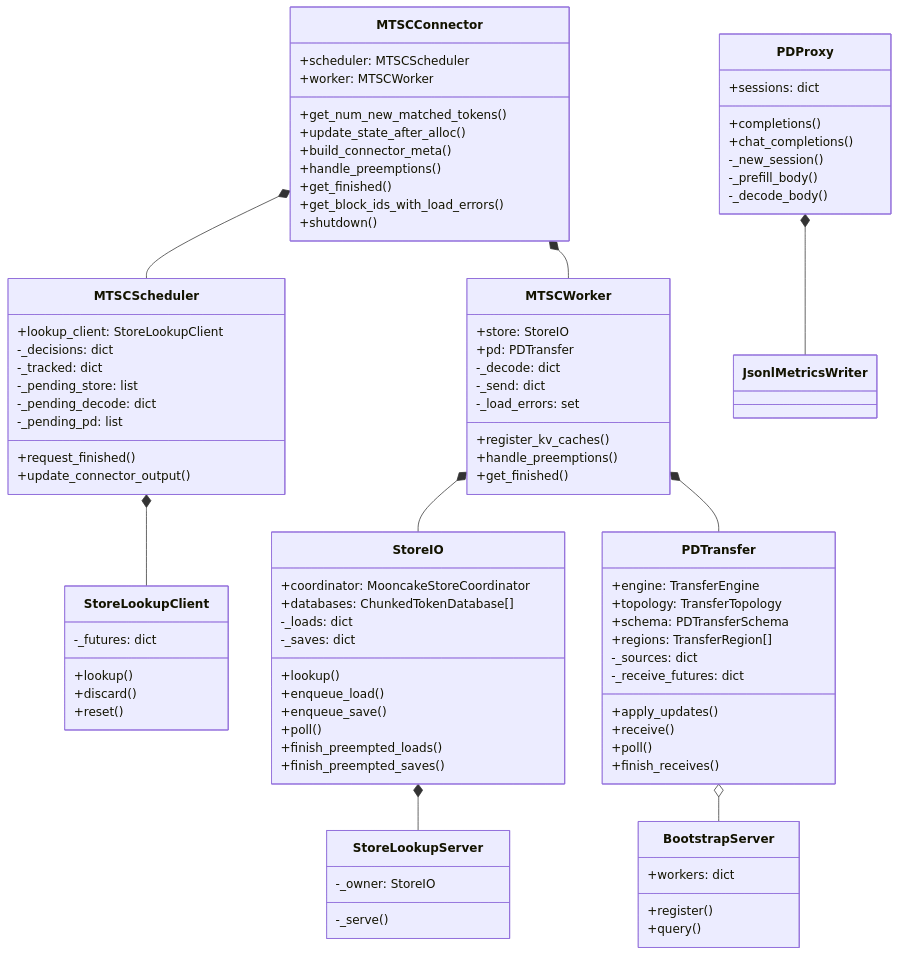
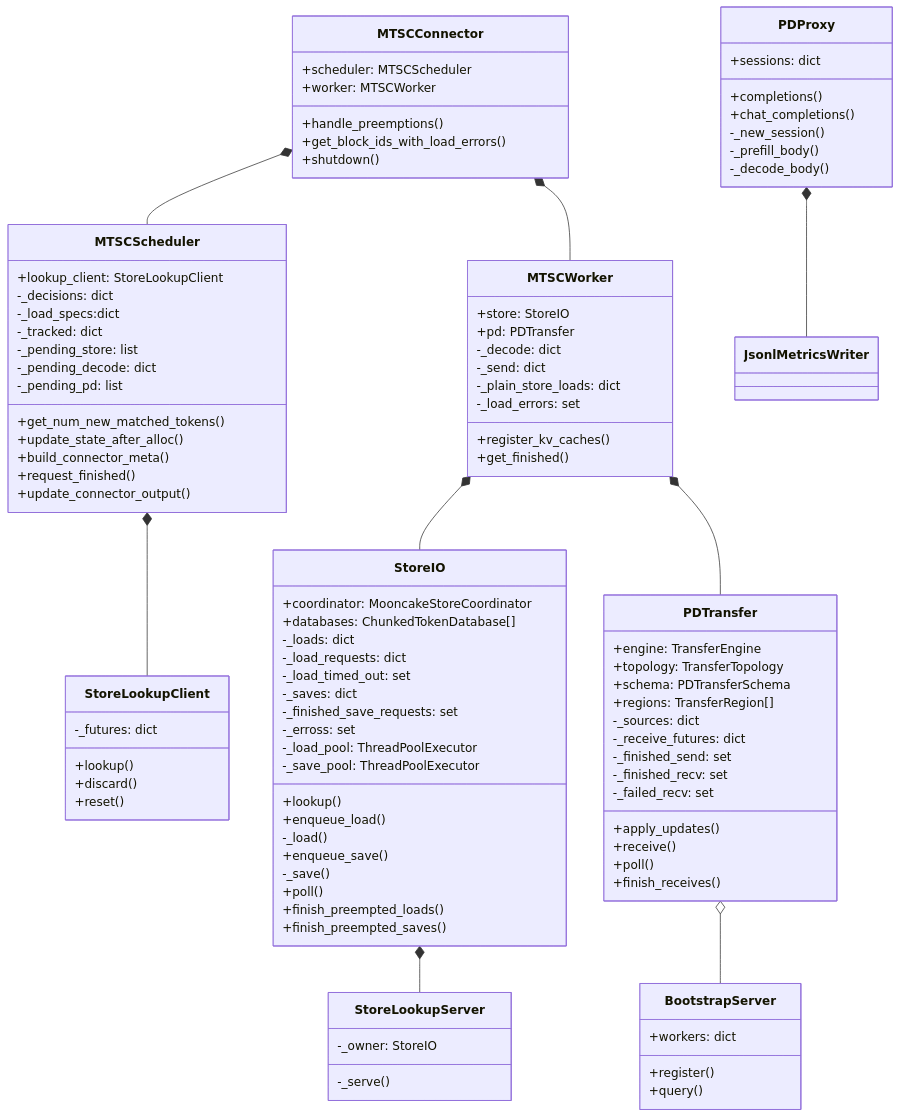
Before and after one commit to WangSu-X/MTSC: the second of 4 diagrams in docs/design/S00-整体设计.md, drawn with Mermaid. The commit also changed other lines of this file, not shown here.

```diff
--- a/docs/design/S00-整体设计.md
+++ b/docs/design/S00-整体设计.md
@@ -117,21 +76,21 @@
     class MTSCConnector {
         +scheduler: MTSCScheduler
         +worker: MTSCWorker
-        +get_num_new_matched_tokens()
-        +update_state_after_alloc()
-        +build_connector_meta()
         +handle_preemptions()
-        +get_finished()
         +get_block_ids_with_load_errors()
         +shutdown()
     }
     class MTSCScheduler {
         +lookup_client: StoreLookupClient
         -_decisions: dict
+        -_load_specs:dict
         -_tracked: dict
         -_pending_store: list
         -_pending_decode: dict
         -_pending_pd: list
+        +get_num_new_matched_tokens()
+        +update_state_after_alloc()
+        +build_connector_meta()
         +request_finished()
         +update_connector_output()
     }
@@ -140,9 +99,9 @@
         +pd: PDTransfer
         -_decode: dict
         -_send: dict
+        -_plain_store_loads: dict
         -_load_errors: set
         +register_kv_caches()
-        +handle_preemptions()
         +get_finished()
     }
     class StoreLookupClient {
@@ -159,10 +118,18 @@
         +coordinator: MooncakeStoreCoordinator
         +databases: ChunkedTokenDatabase[]
         -_loads: dict
+        -_load_requests: dict
+        -_load_timed_out: set
         -_saves: dict
+        -_finished_save_requests: set
+        -_erross: set
+        -_load_pool: ThreadPoolExecutor
+        -_save_pool: ThreadPoolExecutor
         +lookup()
         +enqueue_load()
+        -_load()
         +enqueue_save()
+        -_save()
         +poll()
         +finish_preempted_loads()
         +finish_preempted_saves()
@@ -174,6 +141,9 @@
         +regions: TransferRegion[]
         -_sources: dict
         -_receive_futures: dict
+        -_finished_send: set
+        -_finished_recv: set
+        -_failed_recv: set
         +apply_updates()
         +receive()
         +poll()
```
